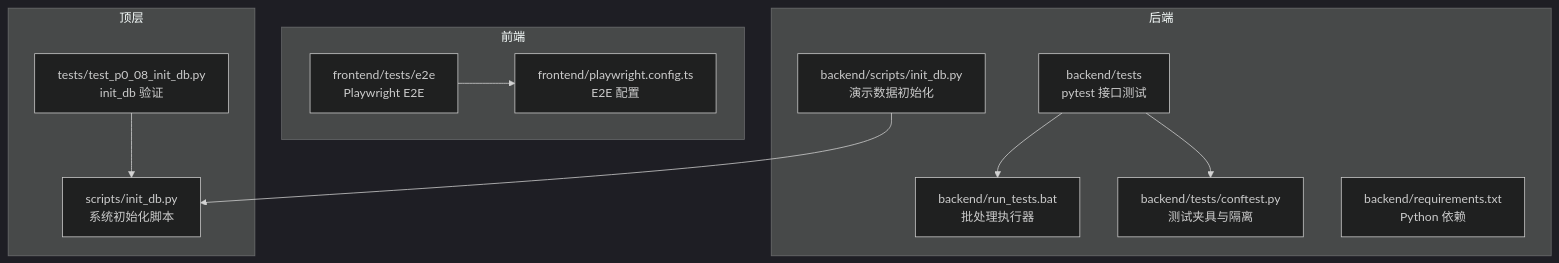
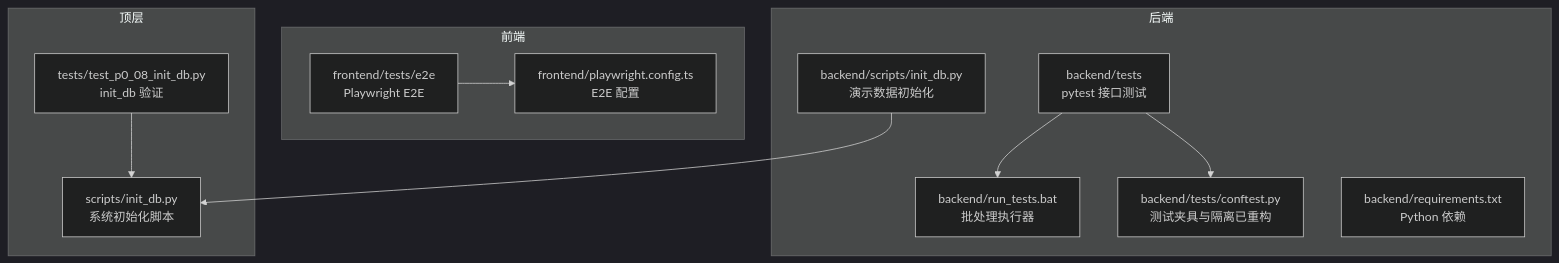
One commit to xgd561/performance_evaluation_system changed the first of 10 diagrams in .qoder/repowiki/zh/content/测试指南/测试基础设施.md. Above: the diagram before and after it, drawn with Mermaid (dark theme). The commit also changed other lines of this file and 136 other files, not shown here.

````diff
--- a/.qoder/repowiki/zh/content/测试指南/测试基础设施.md
+++ b/.qoder/repowiki/zh/content/测试指南/测试基础设施.md
@@ -40,23 +51,23 @@
 ```mermaid
 graph TB
 subgraph "后端"
 A["backend/tests<br/>pytest 接口测试"]
 B["backend/run_tests.bat<br/>批处理执行器"]
 C["backend/scripts/init_db.py<br/>演示数据初始化"]
-D["backend/tests/conftest.py<br/>测试夹具与隔离"]
+D["backend/tests/conftest.py<br/>测试夹具与隔离已重构"]
 E["backend/requirements.txt<br/>Python 依赖"]
 end
 subgraph "前端"
 F["frontend/tests/e2e<br/>Playwright E2E"]
 G["frontend/playwright.config.ts<br/>E2E 配置"]
 end
 subgraph "顶层"
 H["tests/test_p0_08_init_db.py<br/>init_db 验证"]
 I["scripts/init_db.py<br/>系统初始化脚本"]
 end
 A --> D
 A --> B
 C --> I
 F --> G
 H --> I
 ```
````
